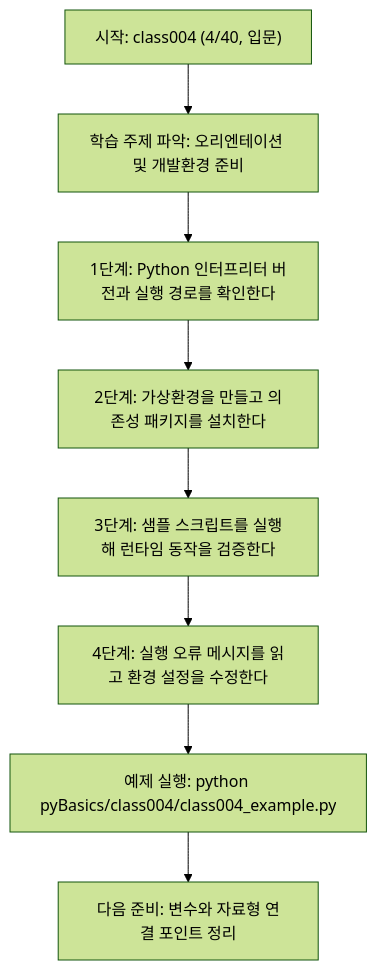
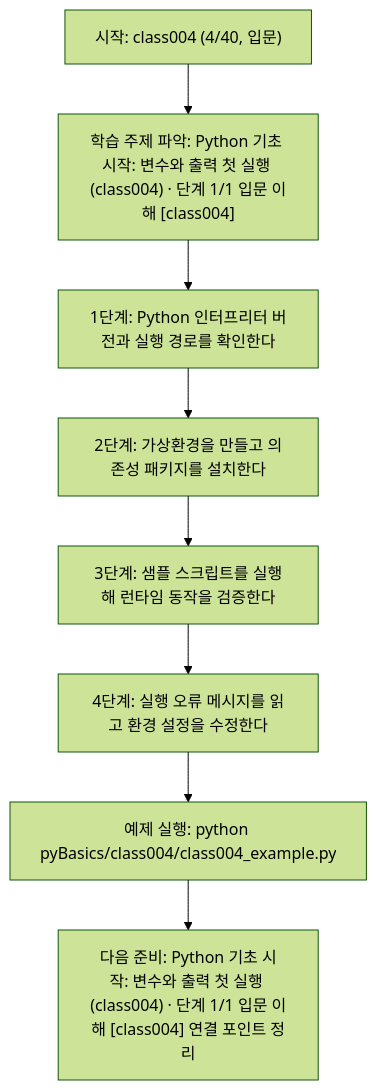
The diagram in pyBasics/class004/class004.md (edumgt/Python-AI_Agent-Class), drawn with Mermaid (forest theme) before and after one commit. The commit also changed other lines of this file and 522 other files, not shown here.

````diff
--- a/pyBasics/class004/class004.md
+++ b/pyBasics/class004/class004.md
@@ -109,18 +110,18 @@
 ```mermaid
 flowchart TD
 N1["시작: class004 (4/40, 입문)"]
-N2["학습 주제 파악: 오리엔테이션 및 개발환경 준비"]
+N2["학습 주제 파악: Python 기초 시작: 변수와 출력 첫 실행 (class004) · 단계 1/1 입문 이해 [class004]"]
 N3["1단계: Python 인터프리터 버전과 실행 경로를 확인한다"]
 N4["2단계: 가상환경을 만들고 의존성 패키지를 설치한다"]
 N5["3단계: 샘플 스크립트를 실행해 런타임 동작을 검증한다"]
 N6["4단계: 실행 오류 메시지를 읽고 환경 설정을 수정한다"]
 N7["예제 실행: python pyBasics/class004/class004_example.py"]
-N8["다음 준비: 변수와 자료형 연결 포인트 정리"]
+N8["다음 준비: Python 기초 시작: 변수와 출력 첫 실행 (class004) · 단계 1/1 입문 이해 [class004] 연결 포인트 정리"]
 N1 --> N2
 N2 --> N3
 N3 --> N4
 N4 --> N5
 N5 --> N6
 N6 --> N7
 N7 --> N8
 ```
````
